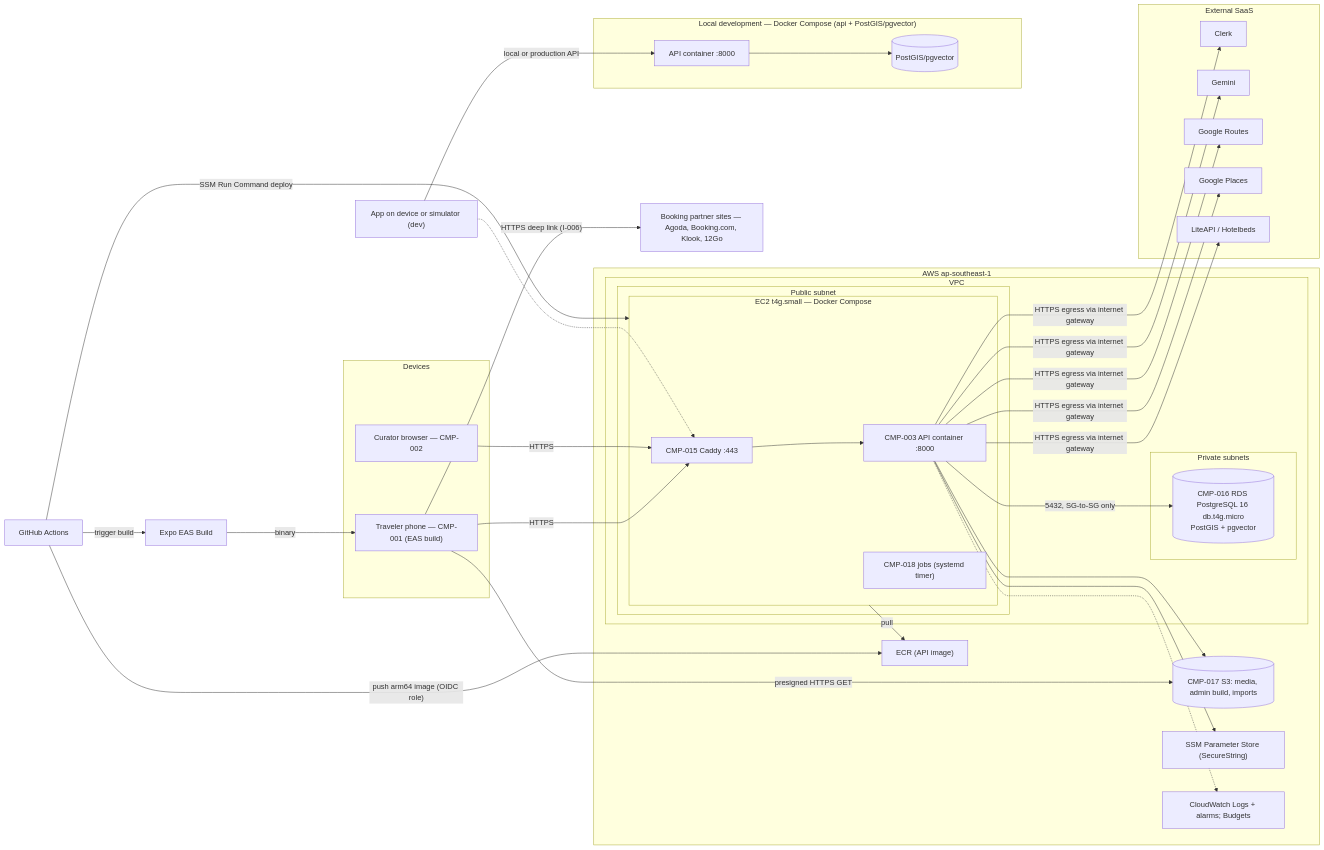
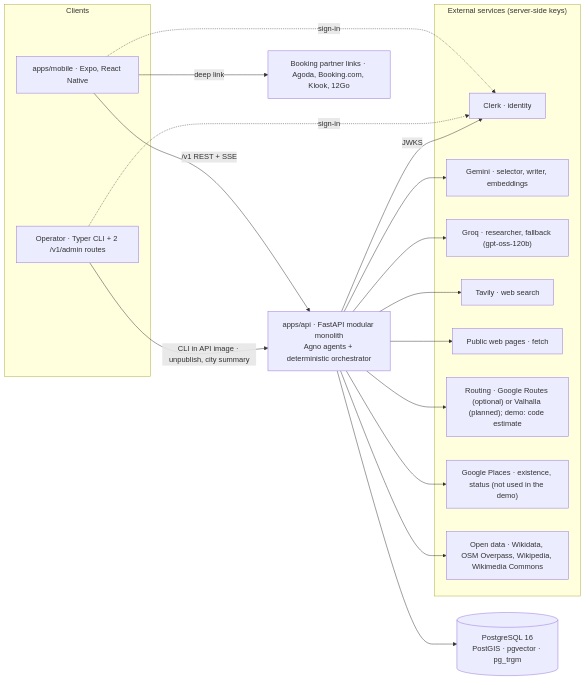
The diagram in docs/04-design/architecture/SAD.md (lnt-h/fyp_dana), drawn with Mermaid before and after one commit. The commit also changed other lines of this file and 40 other files, not shown here.

````diff
--- a/docs/04-design/architecture/SAD.md
+++ b/docs/04-design/architecture/SAD.md
@@ -643,46 +24,27 @@
 ```mermaid
 flowchart LR
-  subgraph dev["Devices"]
-    phone["Traveler phone — CMP-001 (EAS build)"]
-    browser["Curator browser — CMP-002"]
+  subgraph clients["Clients"]
+    MOB["apps/mobile · Expo, React Native"]
+    OPS["Operator · Typer CLI + 2 /v1/admin routes"]
   end
-  subgraph aws["AWS ap-southeast-1"]
-    subgraph vpc["VPC"]
-      subgraph pub["Public subnet"]
-        subgraph ec2["EC2 t4g.small — Docker Compose"]
-          caddy["CMP-015 Caddy :443"]
-          apic["CMP-003 API container :8000"]
-          jobs["CMP-018 jobs (systemd timer)"]
-        end
-      end
-      subgraph priv["Private subnets"]
-        rds[("CMP-016 RDS PostgreSQL 16 db.t4g.micro\nPostGIS + pgvector")]
-      end
-    end
-    s3[("CMP-017 S3: media, admin build, imports")]
-    ecr["ECR (API image)"]
-    ssm["SSM Parameter Store (SecureString)"]
-    cw["CloudWatch Logs + alarms; Budgets"]
+  API["apps/api · FastAPI modular monolith<br/>Agno agents + deterministic orchestrator"]
+  DB[("PostgreSQL 16<br/>PostGIS · pgvector · pg_trgm")]
+  subgraph ext["External services (server-side keys)"]
+    CLERK["Clerk · identity"]
+    GEM["Gemini · selector, writer, embeddings"]
+    GROQ["Groq · researcher, fallback (gpt-oss-120b)"]
+    TAV["Tavily · web search"]
+    WEB["Public web pages · fetch"]
+    ROUTES["Routing · Google Routes (optional) or Valhalla (planned); demo: code estimate"]
+    PLACES["Google Places · existence, status (not used in the demo)"]
+    OD["Open data · Wikidata, OSM Overpass, Wikipedia, Wikimedia Commons"]
   end
-  subgraph ext["External SaaS"]
-    clerk["Clerk"]; gem["Gemini"]; rts["Google Routes"]; plc["Google Places"]; lite["LiteAPI / Hotelbeds"]
-  end
-  partners["Booking partner sites — Agoda, Booking.com, Klook, 12Go"]
-  eas["Expo EAS Build"]
-  subgraph local["Local development — Docker Compose (api + PostGIS/pgvector)"]
-    lapi["API container :8000"] --> ldb[("PostGIS/pgvector")]
-  end
-  gh["GitHub Actions"] -->|"push arm64 image (OIDC role)"| ecr
-  gh -->|"SSM Run Command deploy"| ec2
-  phone & browser -->|"HTTPS"| caddy --> apic
-  apic -->|"5432, SG-to-SG only"| rds
-  apic --> s3 & ssm
-  apic -.-> cw
-  ec2 -->|"pull"| ecr
-  apic -->|"HTTPS egress via internet gateway"| clerk & gem & rts & plc & lite
-  phone -->|"presigned HTTPS GET"| s3
-  phone -->|"HTTPS deep link (I-006)"| partners
-  gh -->|"trigger build"| eas -->|"binary"| phone
-  sim["App on device or simulator (dev)"] -->|"local or production API"| lapi
-  sim -.-> caddy
+  PART["Booking partner links · Agoda, Booking.com, Klook, 12Go"]
+  MOB -->|"/v1 REST + SSE"| API
+  OPS -->|"CLI in API image · unpublish, city summary"| API
+  MOB -->|"deep link"| PART
+  MOB & OPS -.->|"sign-in"| CLERK
+  API -->|"JWKS"| CLERK
+  API --> DB
+  API --> GEM & GROQ & TAV & WEB & ROUTES & PLACES & OD
 ```
````
